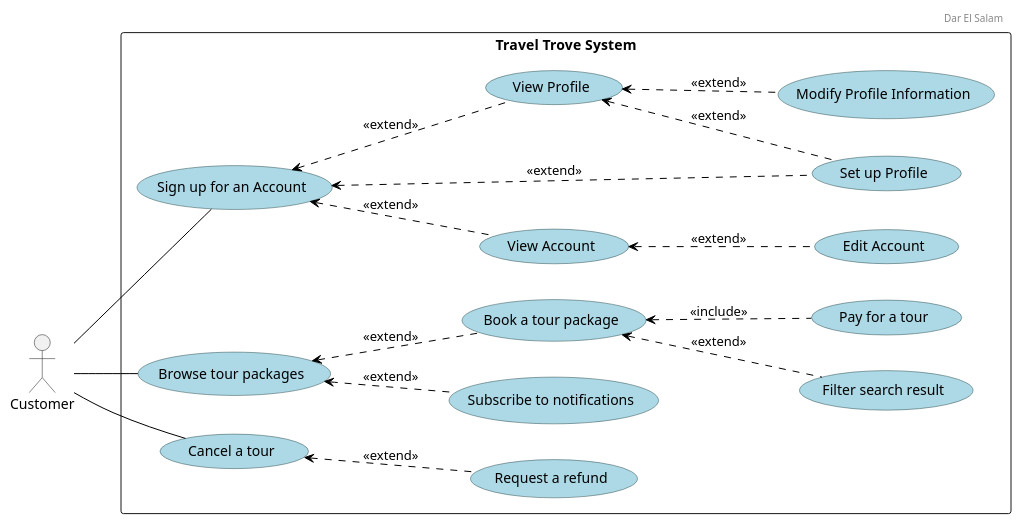
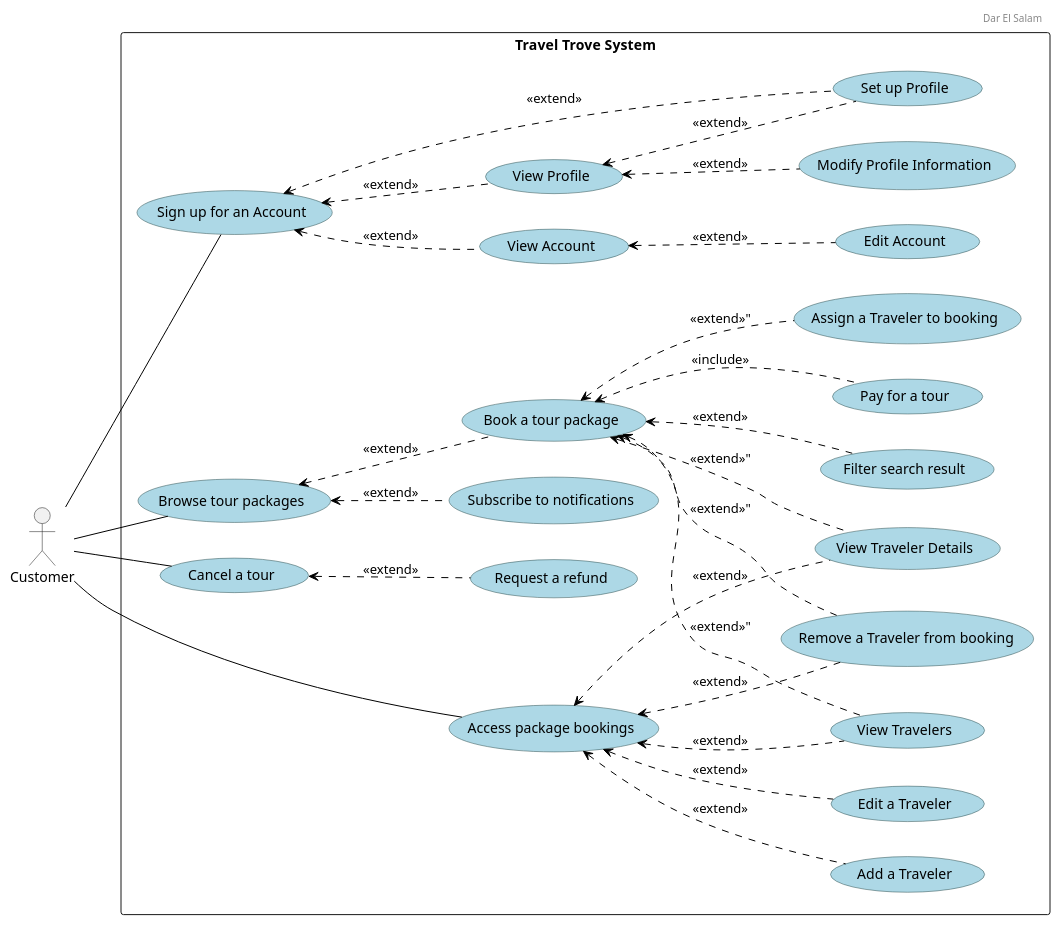
One commit to Hares-2088/TravelTrove changed the diagram in diagrams/use cases/Customer.puml. Above: the diagram before and after it, drawn with PlantUML. The commit also changed 7 other files, not shown here.

Commit message:
Use case diagrams changes for bookings and travelers

```diff
--- a/diagrams/use cases/Customer.puml
+++ b/diagrams/use cases/Customer.puml
@@ -1,59 +1,77 @@
 @startuml
 
 left to right direction
 
 ' Add a header with left alignment
 header
 Dar El Salam
 endheader
 
 ' Align the header text to the left
 skinparam headerAlignment left
 
 ' Custom skin parameters for use cases
 skinparam usecase {
     BackgroundColor lightblue
     BorderColor DarkSlateGray
     ArrowColor Black
 }
 
 actor "Customer" as Customer
 
 rectangle "Travel Trove System" {
 
     usecase "Sign up for an Account"
     usecase "Set up Profile"
     usecase "View Account"
     usecase "Edit Account"
     usecase "View Profile"
     usecase "Modify Profile Information"
 
     usecase "Browse tour packages"
     usecase "Filter search result"
     usecase "Subscribe to notifications"
 
     usecase "Book a tour package"
     usecase "Pay for a tour"
 
     usecase "Cancel a tour"
     usecase "Request a refund"
+
+    usecase "View Travelers"
+    usecase "View Traveler Details"
+    usecase "Add a Traveler"
+    usecase "Edit a Traveler"
+    usecase "Assign a Traveler to booking"
+    usecase "Remove a Traveler from booking"
+
+    usecase "Access package bookings"
 }
 
 "Sign up for an Account" <.. "Set up Profile" : <<extend>>
 "Sign up for an Account" <.. "View Account" : <<extend>>
 "View Account" <.. "Edit Account" : <<extend>>
 "Browse tour packages" <.. "Book a tour package" : <<extend>>
 "Browse tour packages" <.. "Subscribe to notifications" : <<extend>>
 "Book a tour package" <.. "Filter search result" : <<extend>>
 "Book a tour package" <.. "Pay for a tour" : <<include>>
 "Cancel a tour" <.. "Request a refund" : <<extend>>
 "Sign up for an Account" <.. "View Profile" : <<extend>>
 "View Profile" <.. "Modify Profile Information" : <<extend>>
 "View Profile" <.. "Set up Profile" : <<extend>>
+"Access package bookings" <.. "View Travelers" : <<extend>>
+"Access package bookings" <.. "View Traveler Details" : <<extend>>
+"Access package bookings" <.. "Add a Traveler" : <<extend>>
+"Access package bookings" <.. "Edit a Traveler" : <<extend>>
+"Access package bookings" <.. "Remove a Traveler from booking" : <<extend>>
+"Book a tour package" <.. "View Travelers" : <<extend>>"
+"Book a tour package" <.. "View Traveler Details" : <<extend>>"
+"Book a tour package" <.. "Remove a Traveler from booking" : <<extend>>"
+"Book a tour package" <.. "Assign a Traveler to booking" : <<extend>>"
 
 Customer -- "Sign up for an Account"
 Customer -- "Browse tour packages"
-'Customer -- "Book a tour package"
+Customer -- "Access package bookings"
 Customer -- "Cancel a tour"
 
 @enduml
```
